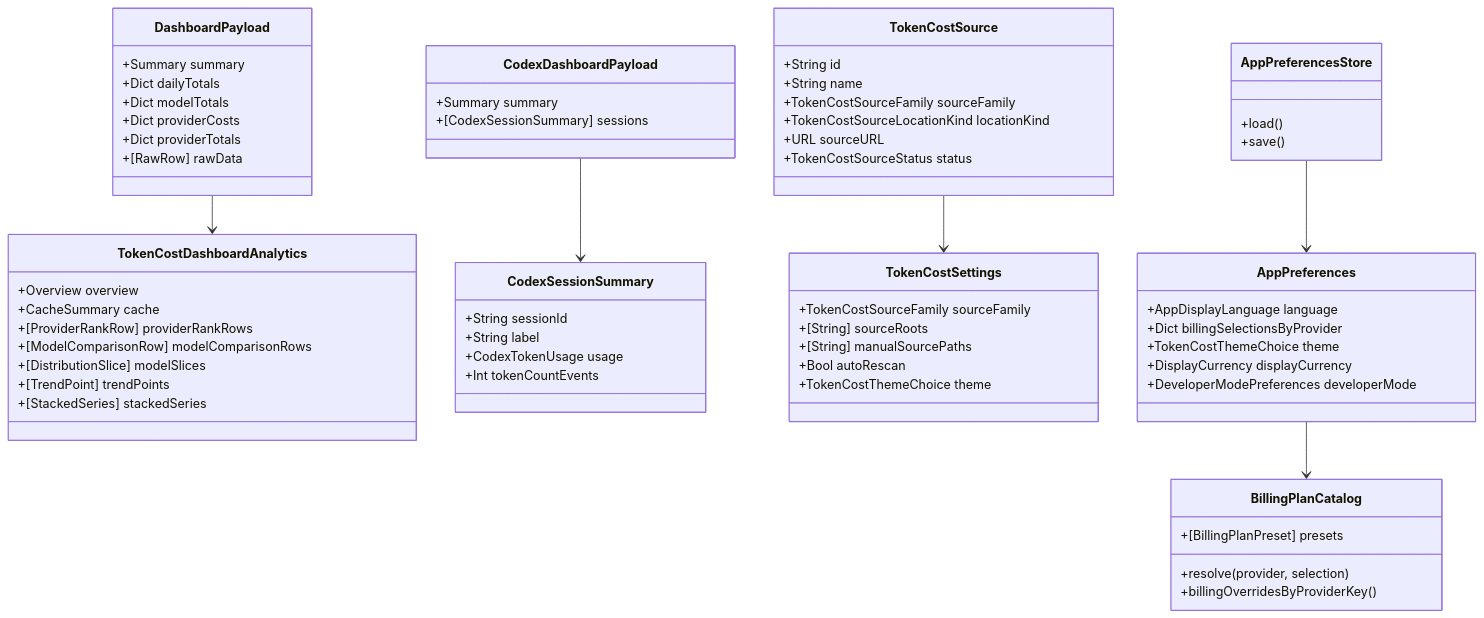
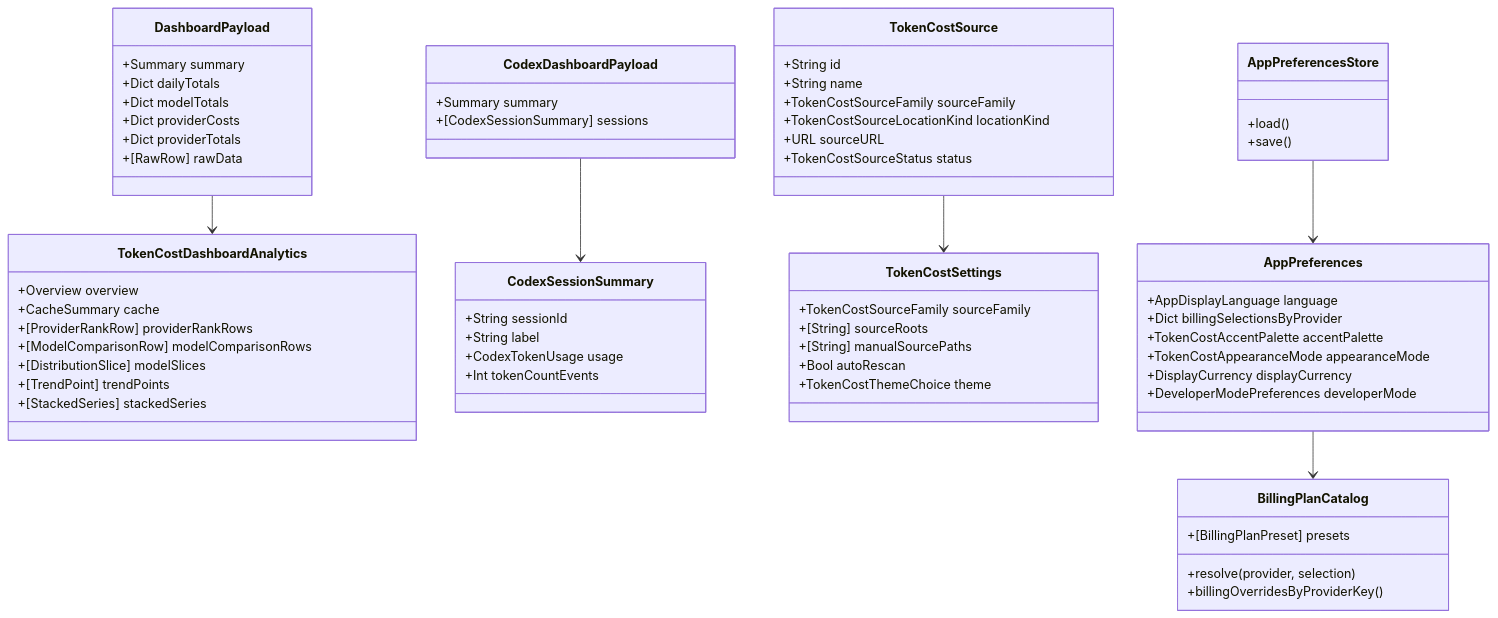
One commit to blackkcold/Token-Cost-App-OC-Codex changed the fourth of 4 diagrams in docs/架构逻辑链图.md. Above: the diagram before and after it, drawn with Mermaid. The commit also changed other lines of this file and 48 other files, not shown here.

````diff
--- a/docs/架构逻辑链图.md
+++ b/docs/架构逻辑链图.md
@@ -114,75 +114,76 @@
 ```mermaid
 classDiagram
     class TokenCostSource {
         +String id
         +String name
         +TokenCostSourceFamily sourceFamily
         +TokenCostSourceLocationKind locationKind
         +URL sourceURL
         +TokenCostSourceStatus status
     }
 
     class DashboardPayload {
         +Summary summary
         +Dict dailyTotals
         +Dict modelTotals
         +Dict providerCosts
         +Dict providerTotals
         +[RawRow] rawData
     }
 
     class CodexDashboardPayload {
         +Summary summary
         +[CodexSessionSummary] sessions
     }
 
     class TokenCostDashboardAnalytics {
         +Overview overview
         +CacheSummary cache
         +[ProviderRankRow] providerRankRows
         +[ModelComparisonRow] modelComparisonRows
         +[DistributionSlice] modelSlices
         +[TrendPoint] trendPoints
         +[StackedSeries] stackedSeries
     }
 
     class CodexSessionSummary {
         +String sessionId
         +String label
         +CodexTokenUsage usage
         +Int tokenCountEvents
     }
 
     class TokenCostSettings {
         +TokenCostSourceFamily sourceFamily
         +[String] sourceRoots
         +[String] manualSourcePaths
         +Bool autoRescan
         +TokenCostThemeChoice theme
     }
 
     class AppPreferences {
         +AppDisplayLanguage language
         +Dict billingSelectionsByProvider
-        +TokenCostThemeChoice theme
+        +TokenCostAccentPalette accentPalette
+        +TokenCostAppearanceMode appearanceMode
         +DisplayCurrency displayCurrency
         +DeveloperModePreferences developerMode
     }
 
     class BillingPlanCatalog {
         +[BillingPlanPreset] presets
         +resolve(provider, selection)
         +billingOverridesByProviderKey()
     }
 
     class AppPreferencesStore {
         +load()
         +save()
     }
 
     TokenCostSource --> TokenCostSettings
     AppPreferencesStore --> AppPreferences
     AppPreferences --> BillingPlanCatalog
     DashboardPayload --> TokenCostDashboardAnalytics
     CodexDashboardPayload --> CodexSessionSummary
 ```
````
